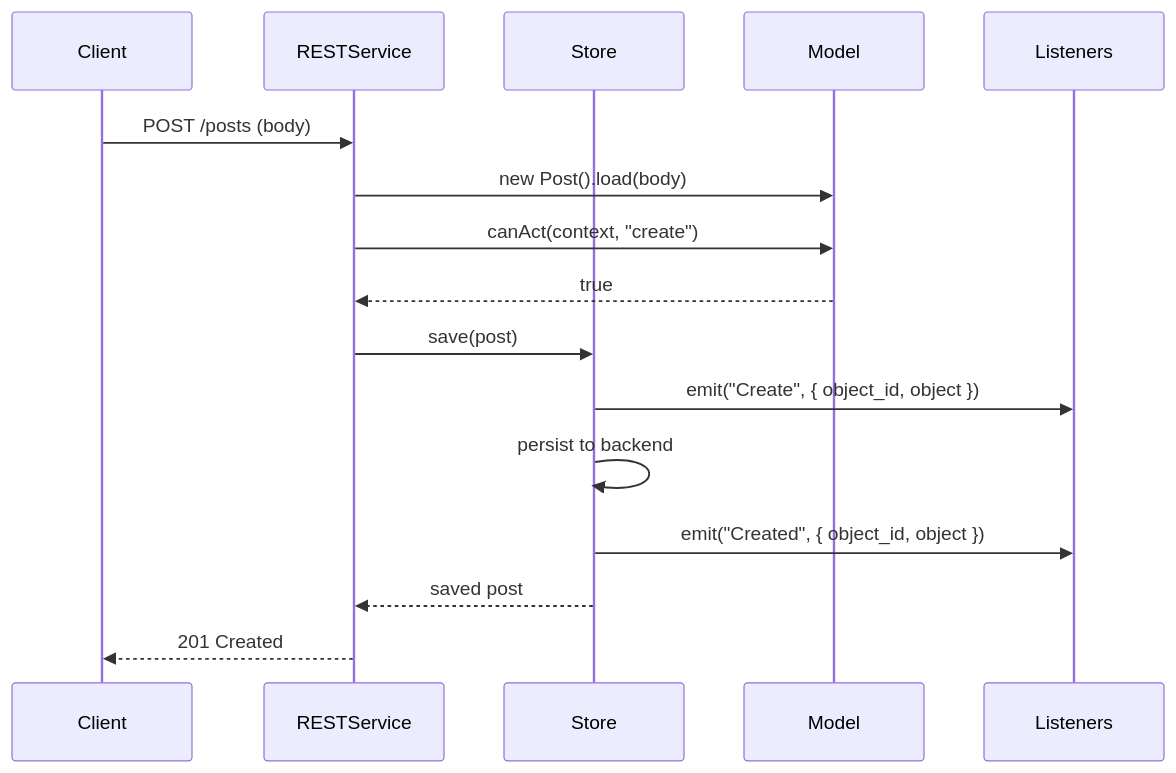
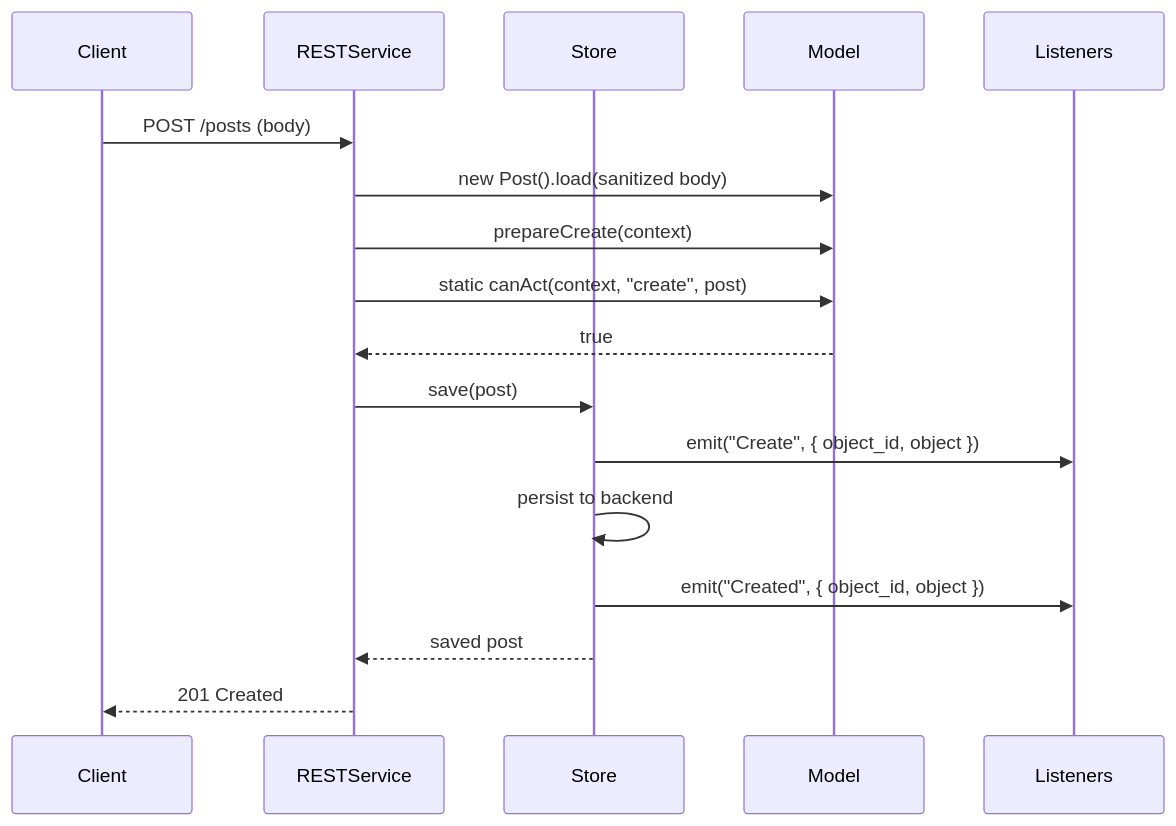
The diagram in docs/pages/Modules/models/Lifecycle.md (loopingz/webda.io), drawn with Mermaid before and after one commit. The commit also changed other lines of this file and 77 other files, not shown here.

````diff
--- a/docs/pages/Modules/models/Lifecycle.md
+++ b/docs/pages/Modules/models/Lifecycle.md
@@ -171,19 +172,20 @@
 ```mermaid
 sequenceDiagram
     participant Client
     participant RESTService
     participant Store
     participant Model
     participant Listeners
 
     Client->>RESTService: POST /posts (body)
-    RESTService->>Model: new Post().load(body)
-    RESTService->>Model: canAct(context, "create")
+    RESTService->>Model: new Post().load(sanitized body)
+    RESTService->>Model: prepareCreate(context)
+    RESTService->>Model: static canAct(context, "create", post)
     Model-->>RESTService: true
     RESTService->>Store: save(post)
     Store->>Listeners: emit("Create", { object_id, object })
     Store->>Store: persist to backend
     Store->>Listeners: emit("Created", { object_id, object })
     Store-->>RESTService: saved post
     RESTService-->>Client: 201 Created
 ```
````
